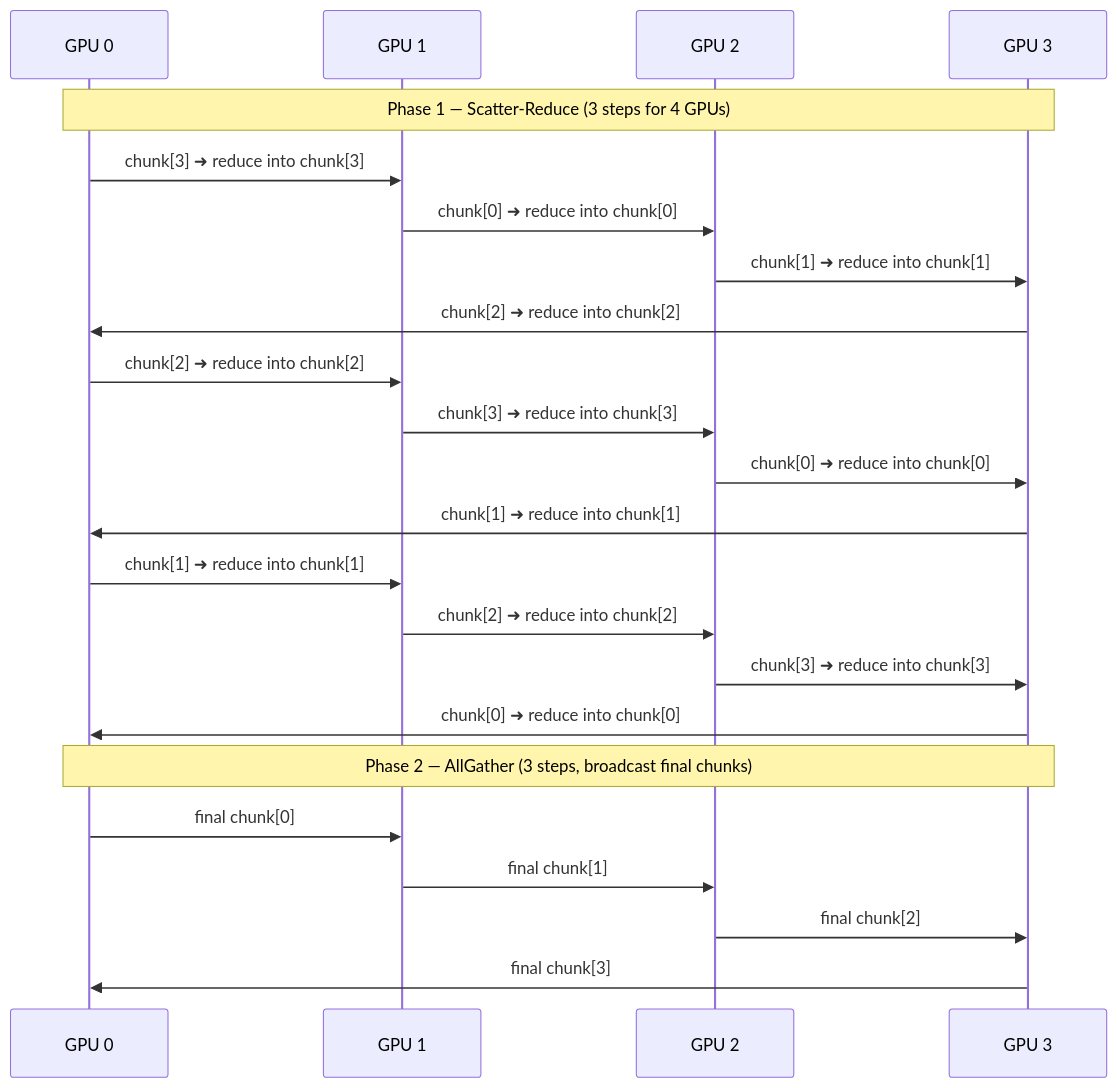
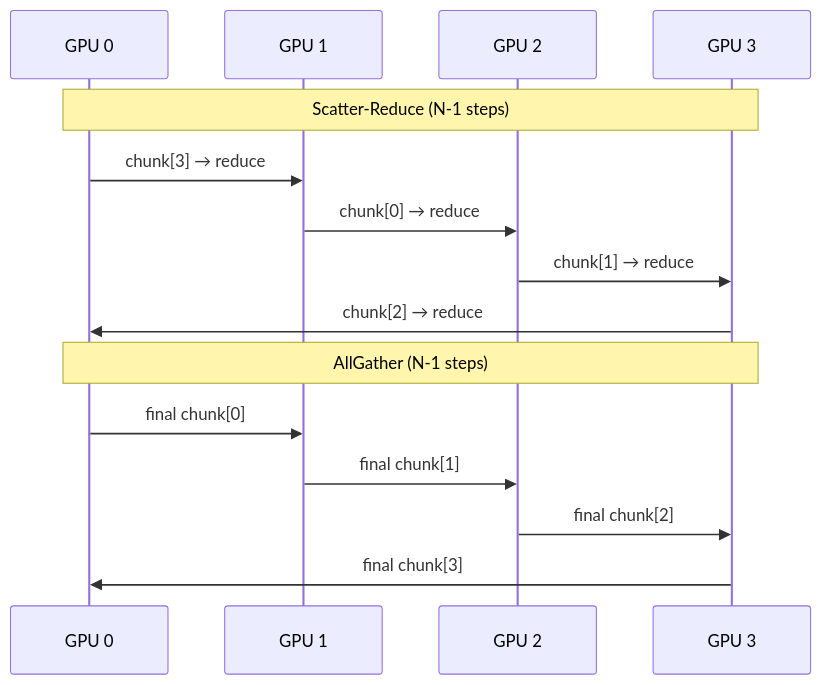
The second of 3 diagrams in Part-09-Projects/P14_Multi_GPU_Reduction.md (dkkh87/CPP-CUDA-Mastery), drawn with Mermaid before and after one commit. The commit also changed other lines of this file, not shown here.

````diff
--- a/Part-09-Projects/P14_Multi_GPU_Reduction.md
+++ b/Part-09-Projects/P14_Multi_GPU_Reduction.md
@@ -51,29 +40,17 @@
 ```mermaid
 sequenceDiagram
     participant G0 as GPU 0
     participant G1 as GPU 1
     participant G2 as GPU 2
     participant G3 as GPU 3
-
-    Note over G0,G3: Phase 1 — Scatter-Reduce (3 steps for 4 GPUs)
-    G0->>G1: chunk[3] ➜ reduce into chunk[3]
-    G1->>G2: chunk[0] ➜ reduce into chunk[0]
-    G2->>G3: chunk[1] ➜ reduce into chunk[1]
-    G3->>G0: chunk[2] ➜ reduce into chunk[2]
-
-    G0->>G1: chunk[2] ➜ reduce into chunk[2]
-    G1->>G2: chunk[3] ➜ reduce into chunk[3]
-    G2->>G3: chunk[0] ➜ reduce into chunk[0]
-    G3->>G0: chunk[1] ➜ reduce into chunk[1]
-
-    G0->>G1: chunk[1] ➜ reduce into chunk[1]
-    G1->>G2: chunk[2] ➜ reduce into chunk[2]
-    G2->>G3: chunk[3] ➜ reduce into chunk[3]
-    G3->>G0: chunk[0] ➜ reduce into chunk[0]
-
-    Note over G0,G3: Phase 2 — AllGather (3 steps, broadcast final chunks)
+    Note over G0,G3: Scatter-Reduce (N-1 steps)
+    G0->>G1: chunk[3] → reduce
+    G1->>G2: chunk[0] → reduce
+    G2->>G3: chunk[1] → reduce
+    G3->>G0: chunk[2] → reduce
+    Note over G0,G3: AllGather (N-1 steps)
     G0->>G1: final chunk[0]
     G1->>G2: final chunk[1]
     G2->>G3: final chunk[2]
     G3->>G0: final chunk[3]
 ```
````
